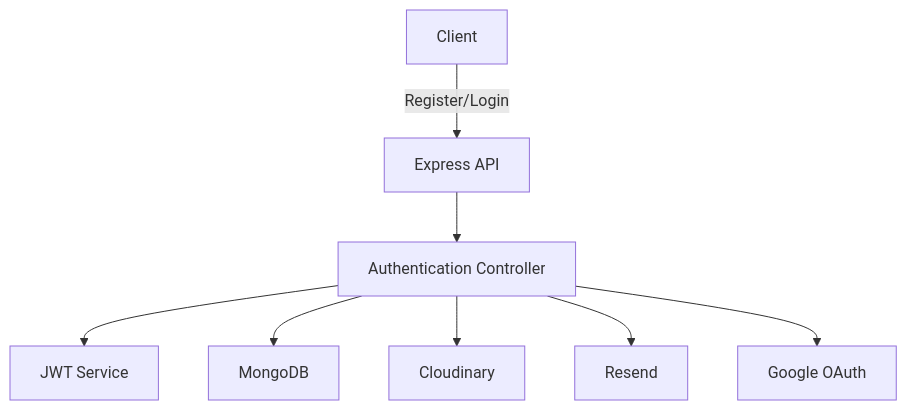
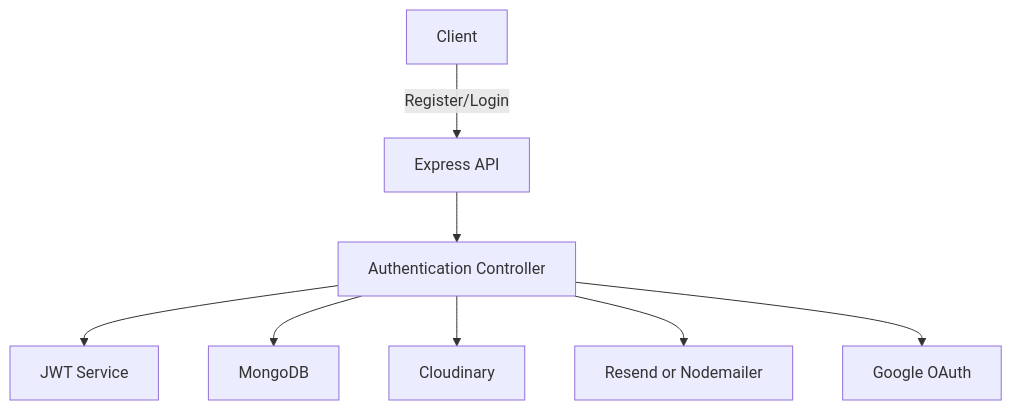
One commit to Radhikagupta25/mern-auth-api-template changed the diagram in README.md. Above: the diagram before and after it, drawn with Mermaid. The commit also changed other lines of this file, not shown here.

First line of the commit message:
Add Nodemailer to email service section

````diff
--- a/README.md
+++ b/README.md
@@ -74,33 +75,33 @@
 ```mermaid
 graph TD
 
 A[Client]
 
 B[Express API]
 
 C[Authentication Controller]
 
 D[JWT Service]
 
 E[MongoDB]
 
 F[Cloudinary]
 
-G[Resend]
+G[Resend or Nodemailer]
 
 H[Google OAuth]
 
 A -->|Register/Login| B
 
 B --> C
 
 C --> D
 
 C --> E
 
 C --> F
 
 C --> G
 
 C --> H
 ```
````
